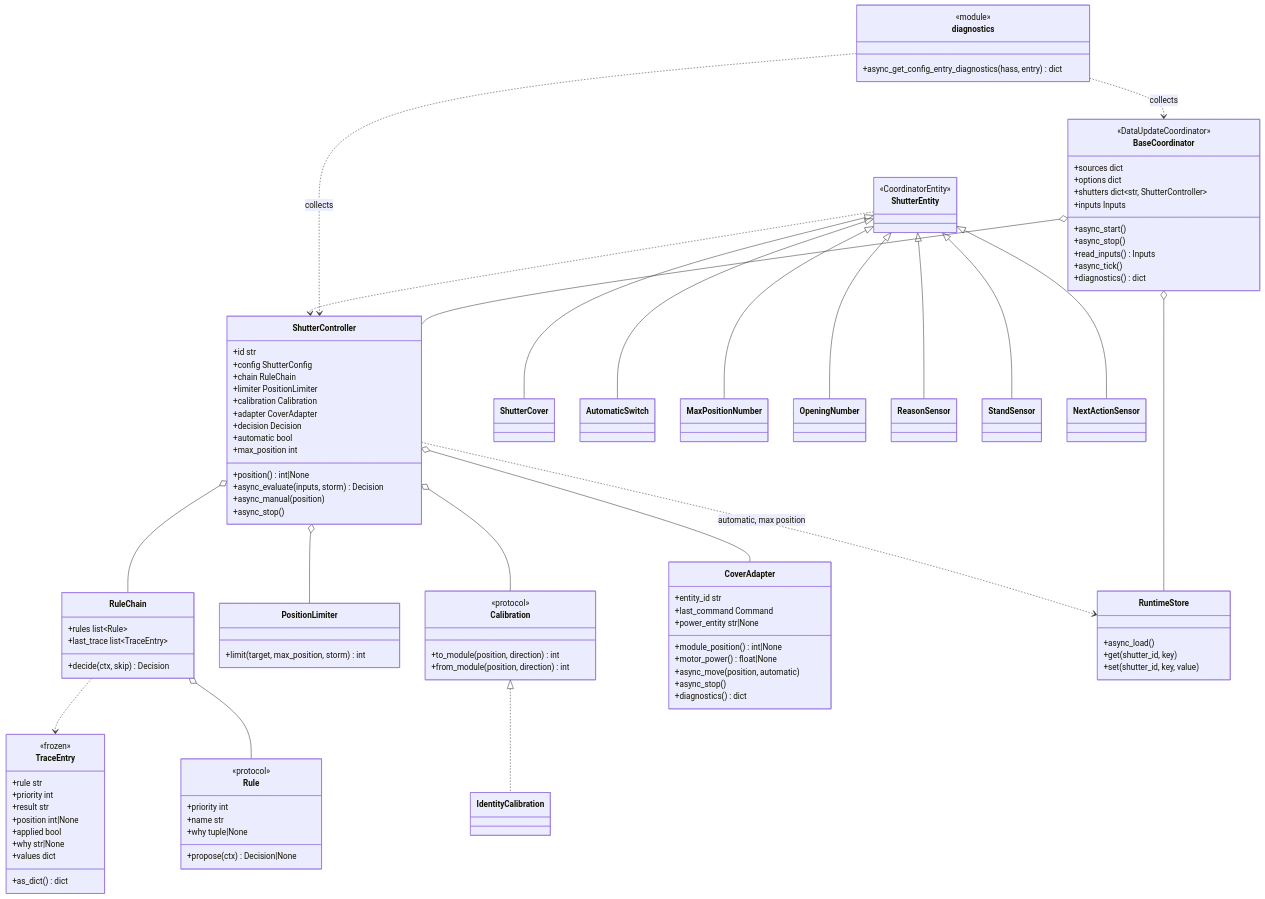
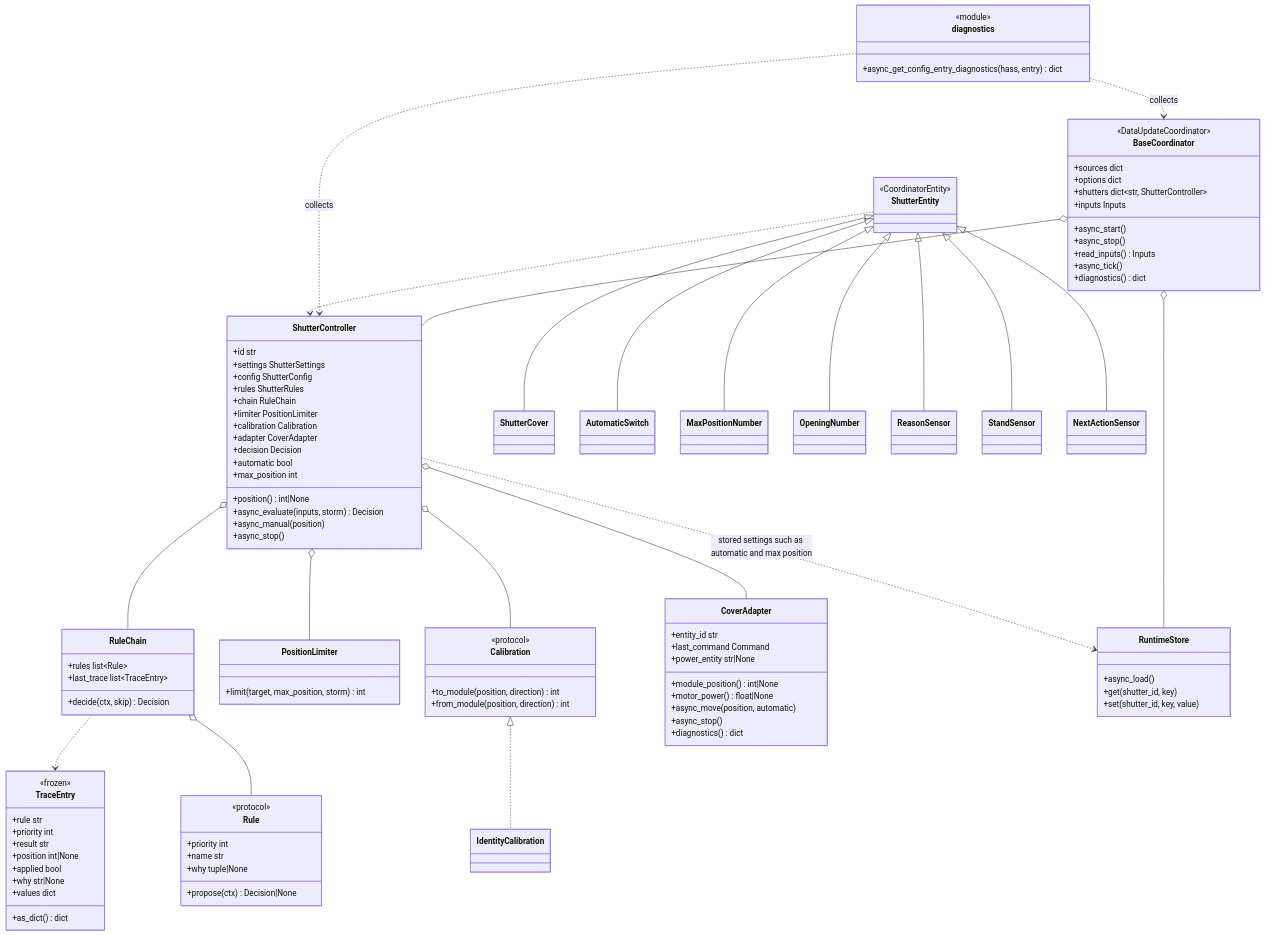
One commit to abroeders/smart-shutter-control changed the fourth of 46 diagrams in docs/architecture.md. Above: the diagram before and after it, drawn with Mermaid. The commit also changed other lines of this file and 35 other files, not shown here.

````diff
--- a/docs/architecture.md
+++ b/docs/architecture.md
@@ -112,7 +113,9 @@
     }
     class ShutterController {
         +id str
+        +settings ShutterSettings
         +config ShutterConfig
+        +rules ShutterRules
         +chain RuleChain
         +limiter PositionLimiter
         +calibration Calibration
@@ -193,6 +196,6 @@
     ShutterController o-- Calibration
     Calibration <|.. IdentityCalibration
     ShutterController o-- CoverAdapter
-    ShutterController ..> RuntimeStore : automatic, max position
+    ShutterController ..> RuntimeStore : stored settings such as automatic and max position
     ShutterEntity ..> ShutterController
 ```
````
